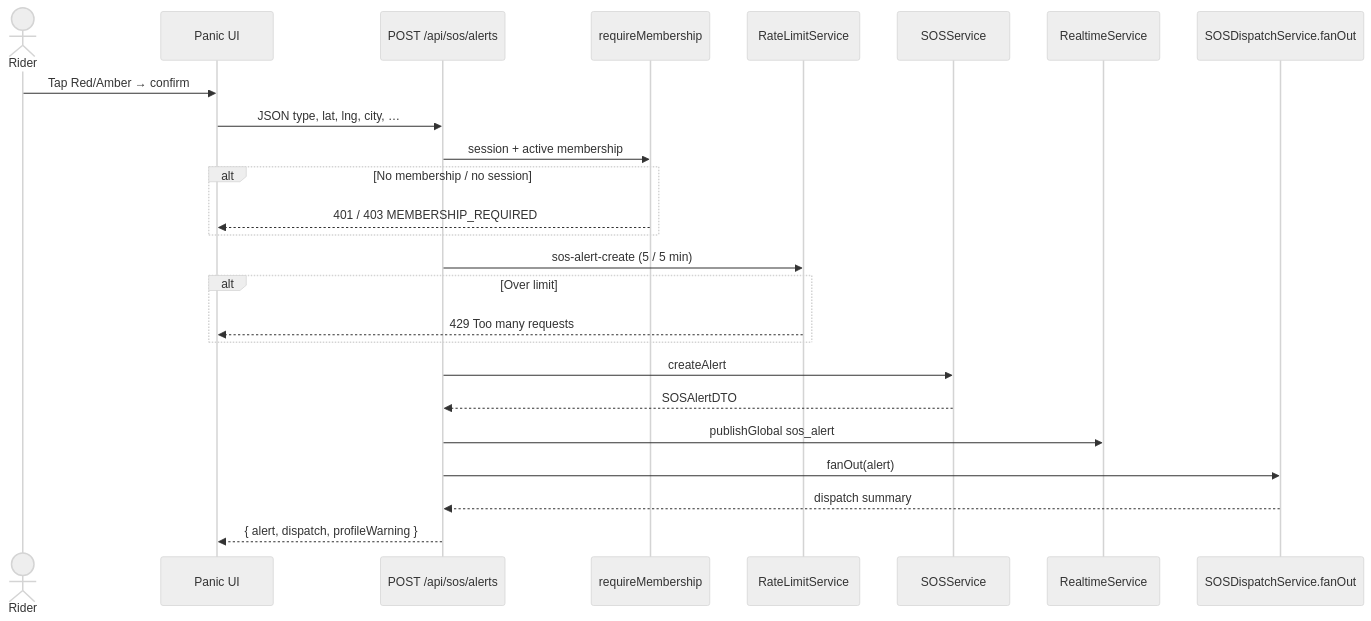
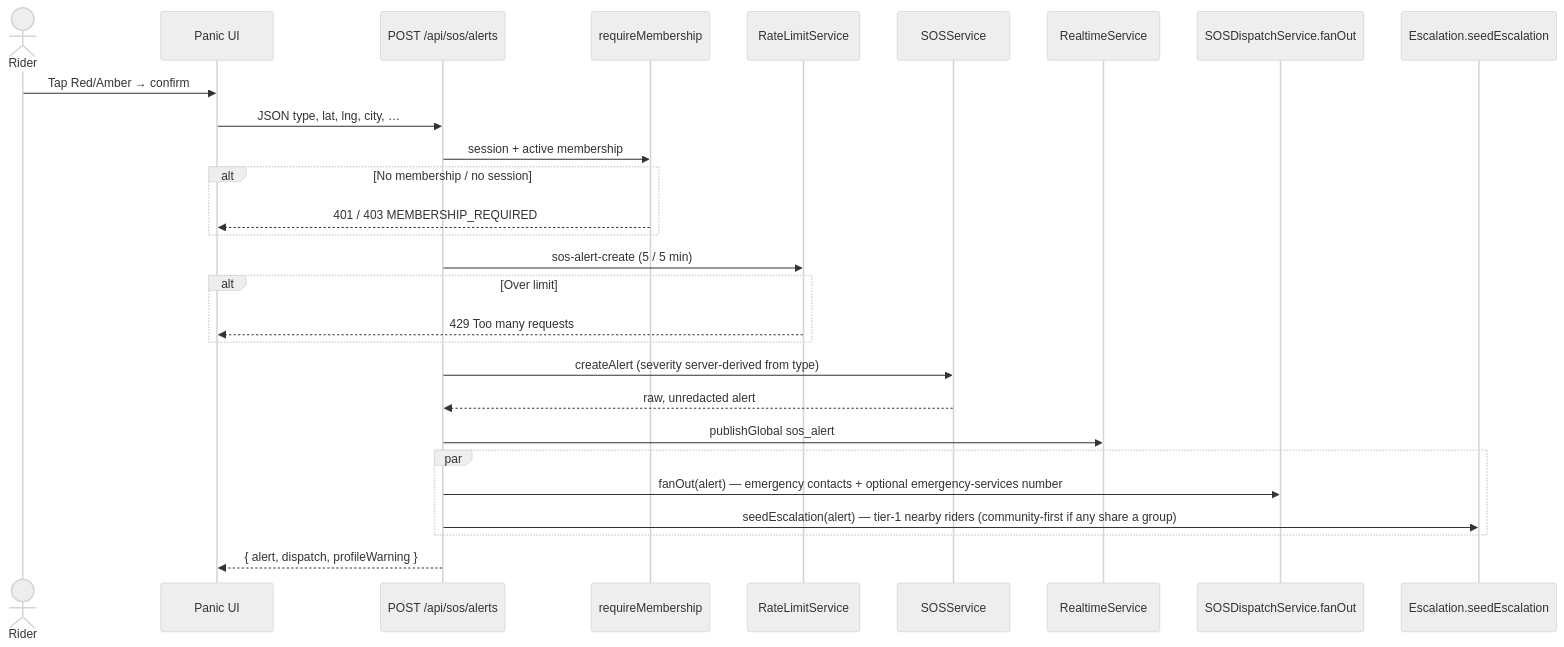
The second of 5 diagrams in .docs/SOS.md (RiteshKumarNitk/bikie), drawn with Mermaid (neutral theme) before and after one commit. The commit also changed other lines of this file and 57 other files, not shown here.

Commit message:
feat: implement SOS alert system with location-based dispatch and partner response features

````diff
--- a/.docs/SOS.md
+++ b/.docs/SOS.md
@@ -48,28 +54,31 @@
 ```mermaid
 sequenceDiagram
   actor Rider
   participant UI as Panic UI
   participant API as POST /api/sos/alerts
   participant Auth as requireMembership
   participant RL as RateLimitService
   participant SOS as SOSService
   participant RT as RealtimeService
   participant Fan as SOSDispatchService.fanOut
+  participant Esc as Escalation.seedEscalation
 
   Rider->>UI: Tap Red/Amber → confirm
   UI->>API: JSON type, lat, lng, city, …
   API->>Auth: session + active membership
   alt No membership / no session
     Auth-->>UI: 401 / 403 MEMBERSHIP_REQUIRED
   end
   API->>RL: sos-alert-create (5 / 5 min)
   alt Over limit
     RL-->>UI: 429 Too many requests
   end
-  API->>SOS: createAlert
-  SOS-->>API: SOSAlertDTO
+  API->>SOS: createAlert (severity server-derived from type)
+  SOS-->>API: raw, unredacted alert
   API->>RT: publishGlobal sos_alert
-  API->>Fan: fanOut(alert)
-  Fan-->>API: dispatch summary
+  par
+    API->>Fan: fanOut(alert) — emergency contacts + optional emergency-services number
+    API->>Esc: seedEscalation(alert) — tier-1 nearby riders (community-first if any share a group)
+  end
   API-->>UI: { alert, dispatch, profileWarning }
 ```
````
